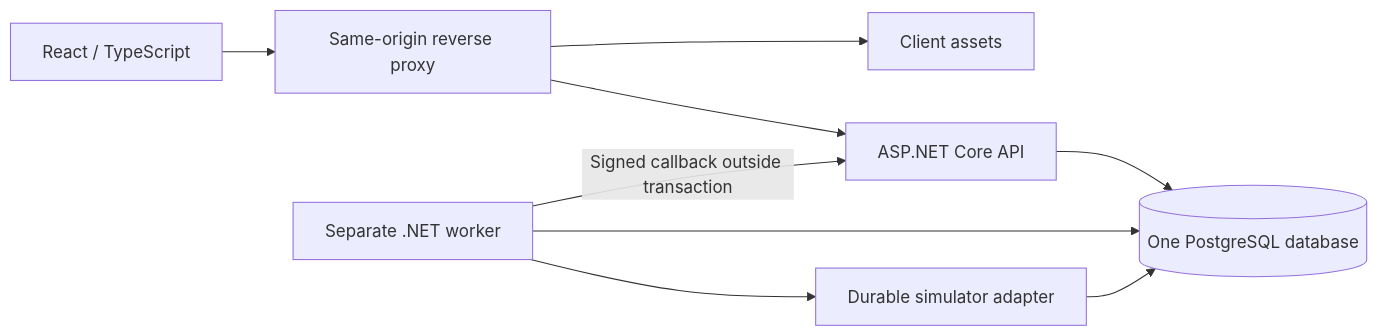
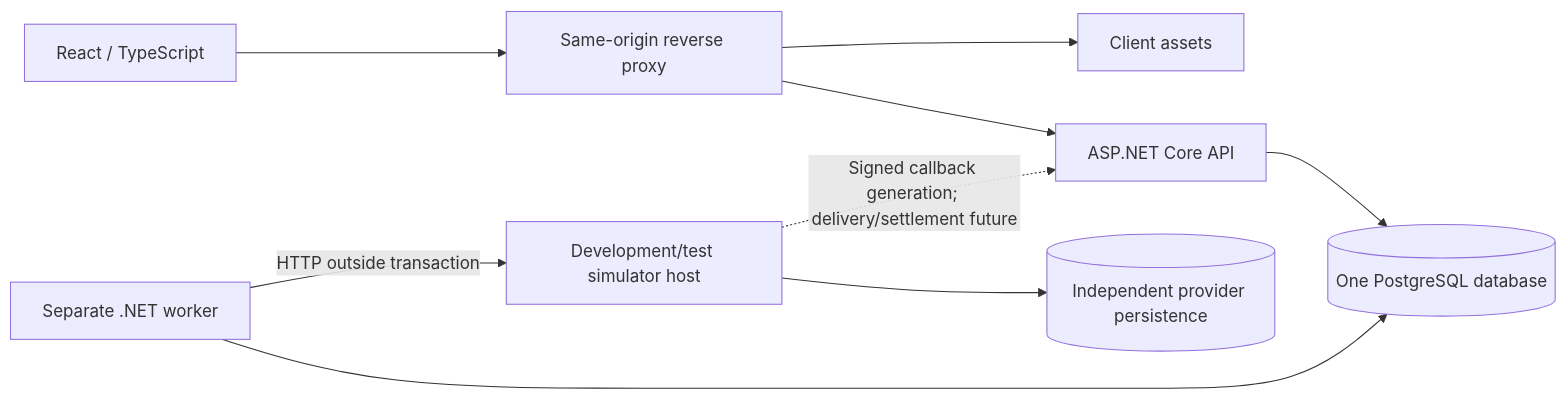
One commit to haiduong312/OrderFlow changed the diagram in docs/architecture.md. Above: the diagram before and after it, drawn with Mermaid. The commit also changed other lines of this file and 46 other files, not shown here.

Commit message:
feat: add idempotent payment initiation and gateway simulator

````diff
--- a/docs/architecture.md
+++ b/docs/architecture.md
@@ -7,11 +7,11 @@
 ```mermaid
 flowchart LR
     Browser[React / TypeScript] --> Proxy[Same-origin reverse proxy]
     Proxy --> Static[Client assets]
     Proxy --> API[ASP.NET Core API]
     API --> DB[(One PostgreSQL database)]
     Worker[Separate .NET worker] --> DB
-    Worker --> Gateway[Durable simulator adapter]
-    Gateway --> DB
-    Worker -->|Signed callback outside transaction| API
+    Worker -->|HTTP outside transaction| Gateway[Development/test simulator host]
+    Gateway --> ProviderDB[(Independent provider persistence)]
+    Gateway -.->|Signed callback generation; delivery/settlement future| API
 ```
````
